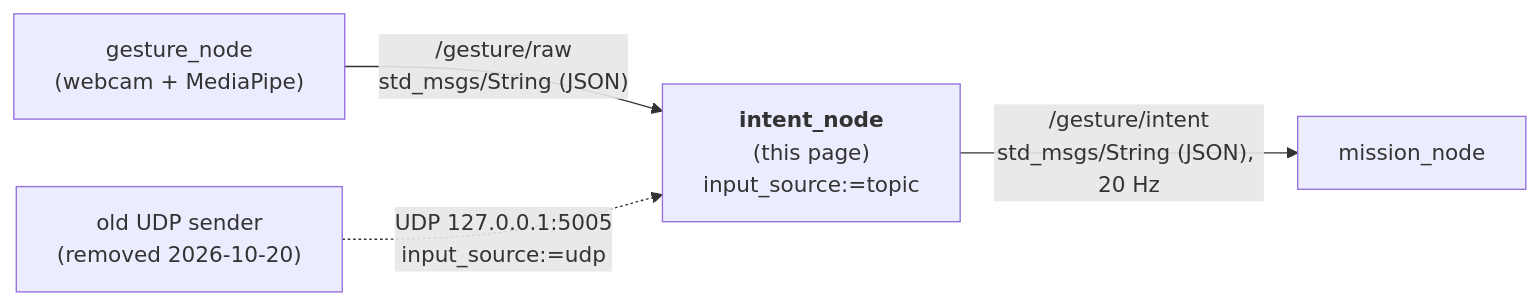
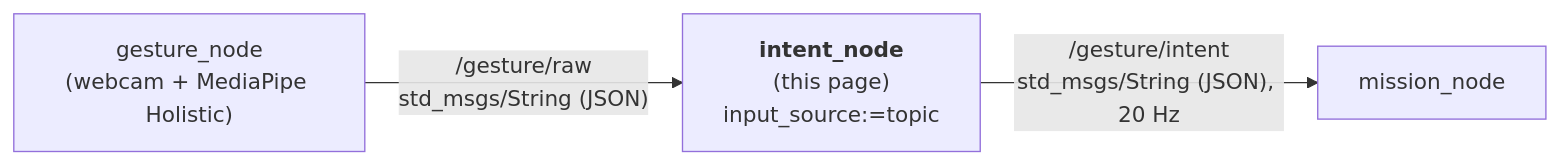
Before and after one commit to SEAME-pt/SEA-ME_Team1_ROSRangers: the first of 2 diagrams in docs/PraticalPlan/06 Gestures/03 Intent Node.md, drawn with Mermaid. The commit also changed other lines of this file and 11 other files, not shown here.

````diff
--- a/docs/PraticalPlan/06 Gestures/03 Intent Node.md
+++ b/docs/PraticalPlan/06 Gestures/03 Intent Node.md
@@ -33,6 +30,5 @@
 ```mermaid
 flowchart LR
-  R["gesture_node<br/>(webcam + MediaPipe)"] -->|"/gesture/raw<br/>std_msgs/String (JSON)"| G["<b>intent_node</b><br/>(this page)<br/>input_source:=topic"]
-  U["old UDP sender<br/>(removed 2026-10-20)"] -.->|"UDP 127.0.0.1:5005<br/>input_source:=udp"| G
+  R["gesture_node<br/>(webcam + MediaPipe Holistic)"] -->|"/gesture/raw<br/>std_msgs/String (JSON)"| G["<b>intent_node</b><br/>(this page)<br/>input_source:=topic"]
   G -->|"/gesture/intent<br/>std_msgs/String (JSON), 20 Hz"| M["mission_node"]
 ```
````
